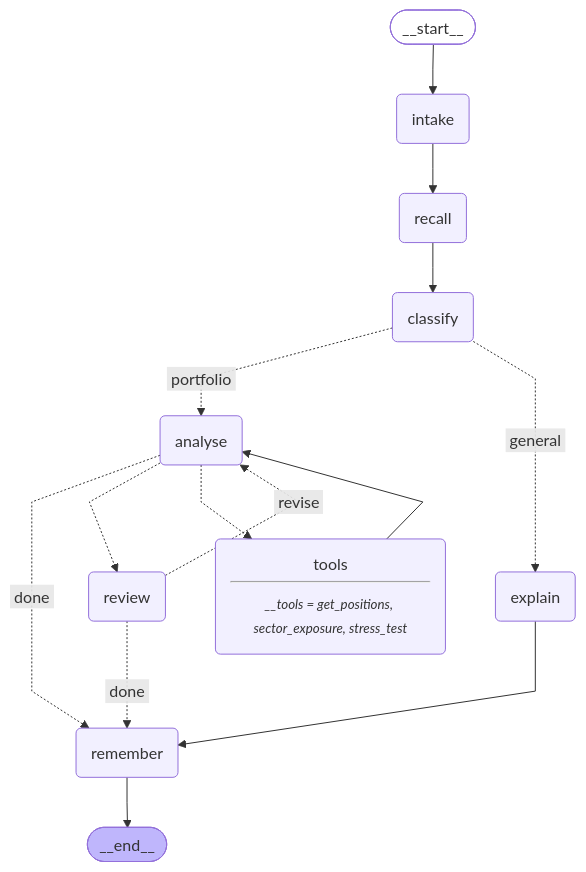
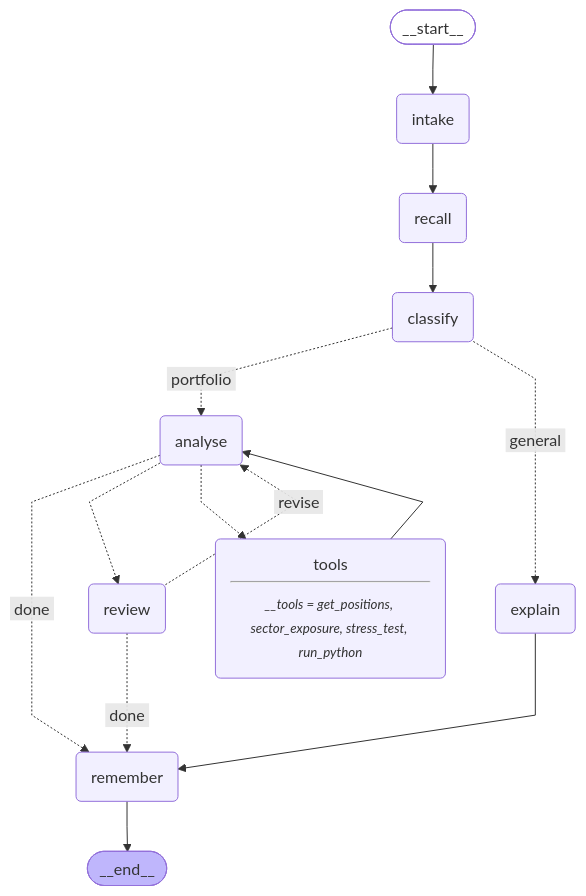
One commit to baytalhikmah2026/agentic-langgraph-fastapi-labs changed the diagram in docs/research_graph.md. Above: the diagram before and after it, drawn with Mermaid. The commit also changed 15 other files, not shown here.

````diff
--- a/docs/research_graph.md
+++ b/docs/research_graph.md
@@ -5,34 +5,34 @@
 ```mermaid
 ---
 config:
   flowchart:
     curve: linear
 ---
 graph TD;
 	__start__([<p>__start__</p>]):::first
 	intake(intake)
 	recall(recall)
 	classify(classify)
 	analyse(analyse)
-	tools(tools<hr/><small><em>__tools = get_positions, sector_exposure, stress_test</em></small>)
+	tools(tools<hr/><small><em>__tools = get_positions, sector_exposure, stress_test, run_python</em></small>)
 	explain(explain)
 	review(review)
 	remember(remember)
 	__end__([<p>__end__</p>]):::last
 	__start__ --> intake;
 	analyse -. &nbsp;done&nbsp; .-> remember;
 	analyse -.-> review;
 	analyse -.-> tools;
 	classify -. &nbsp;portfolio&nbsp; .-> analyse;
 	classify -. &nbsp;general&nbsp; .-> explain;
 	explain --> remember;
 	intake --> recall;
 	recall --> classify;
 	review -. &nbsp;revise&nbsp; .-> analyse;
 	review -. &nbsp;done&nbsp; .-> remember;
 	tools --> analyse;
 	remember --> __end__;
 	classDef default fill:#f2f0ff,line-height:1.2
 	classDef first fill-opacity:0
 	classDef last fill:#bfb6fc
 ```
````
